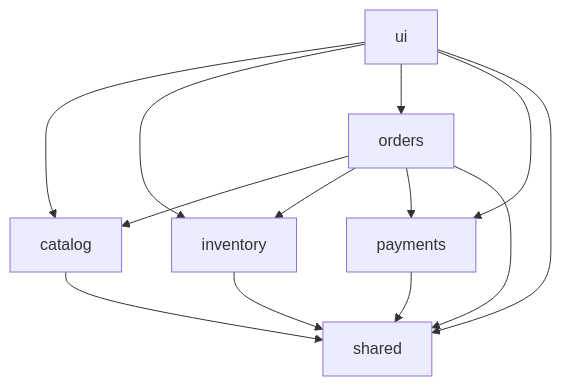
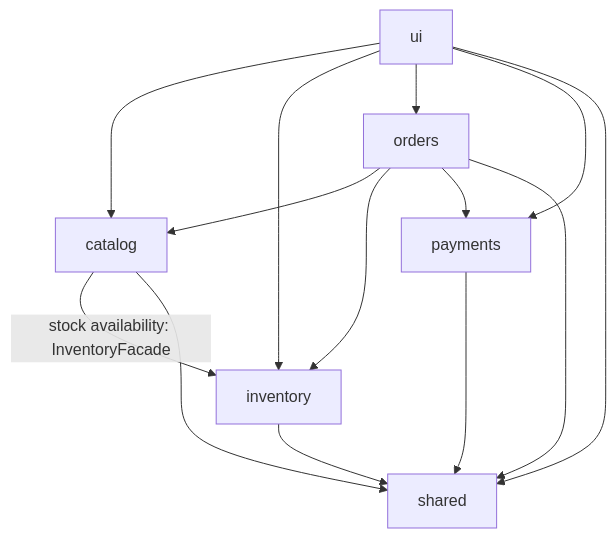
One commit to rajadilipkolli/retail-store-modulith changed the diagram in README.md. Above: the diagram before and after it, drawn with Mermaid. The commit also changed other lines of this file and 64 other files, not shown here.

````diff
--- a/README.md
+++ b/README.md
@@ -107,17 +108,18 @@
 ```mermaid
 graph TD
     UI[ui] --> Catalog[catalog]
     UI --> Inventory[inventory]
     UI --> Orders[orders]
     UI --> Payments[payments]
     UI --> Shared[shared]
 
     Orders --> Catalog
     Orders --> Inventory
     Orders --> Payments
     Orders --> Shared
 
+    Catalog -->|stock availability: InventoryFacade| Inventory
+    Catalog --> Shared
     Inventory --> Shared
-    Catalog --> Shared
     Payments --> Shared
 ```
````
